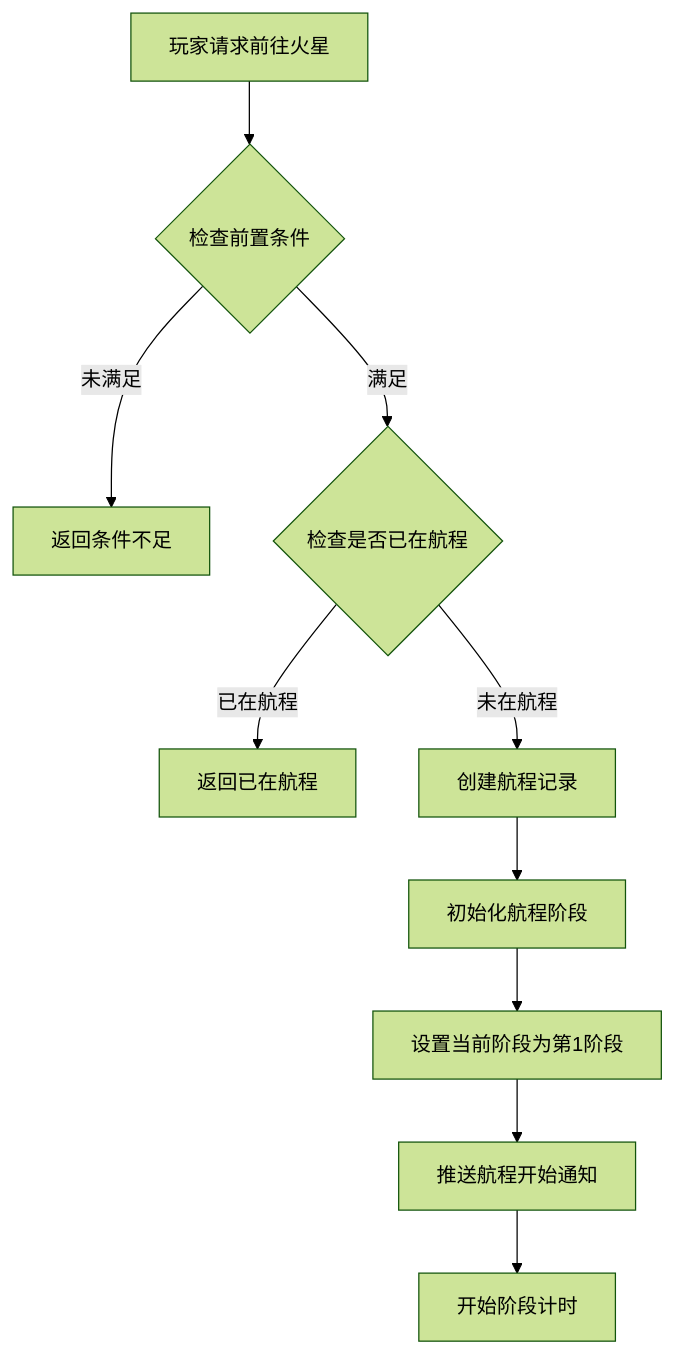
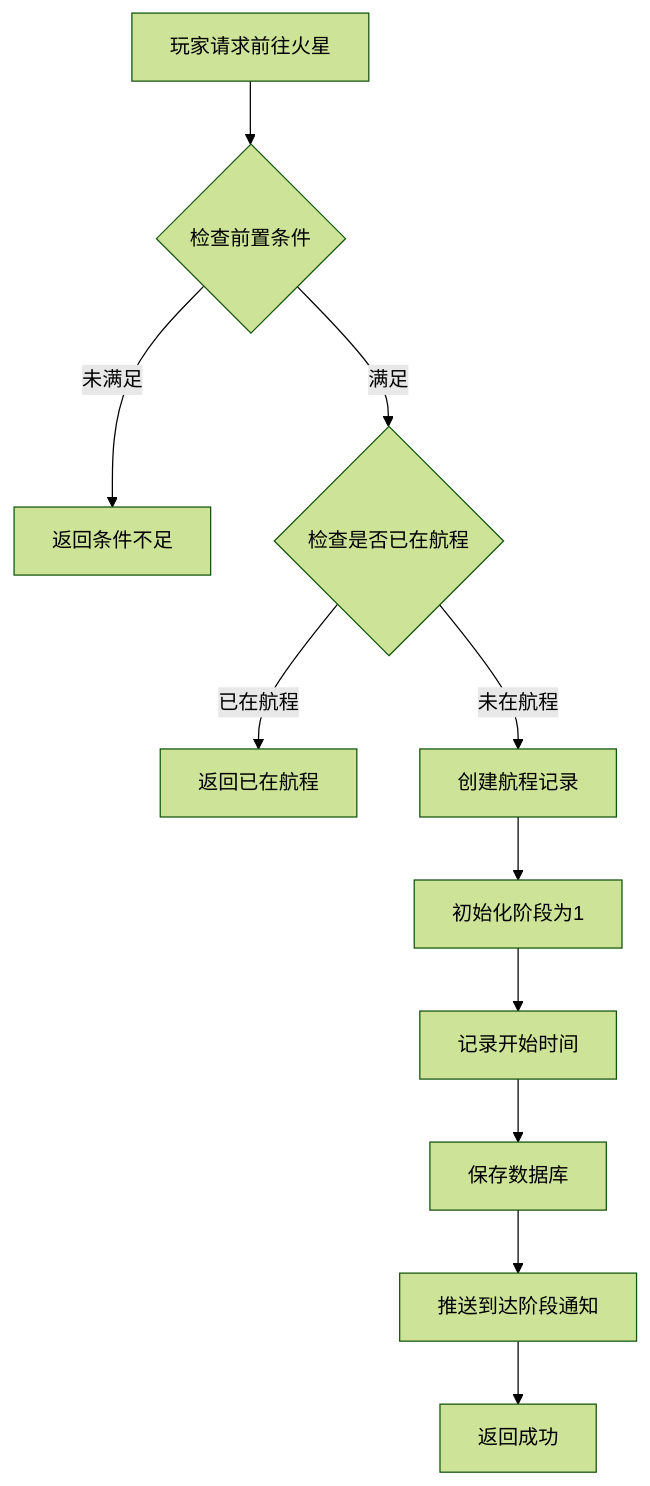
One commit to Alan-Ben/k2c_game_framework changed the first of 4 diagrams in docs/Module_Mars/05_完整说明.md. Above: the diagram before and after it, drawn with Mermaid (forest theme). The commit also changed other lines of this file and 15 other files, not shown here.

````diff
--- a/docs/Module_Mars/05_完整说明.md
+++ b/docs/Module_Mars/05_完整说明.md
@@ -77,12 +89,13 @@
 ```mermaid
 flowchart TD
     A[玩家请求前往火星] --> B{检查前置条件}
     B -->|未满足| C[返回条件不足]
     B -->|满足| D{检查是否已在航程}
     D -->|已在航程| E[返回已在航程]
     D -->|未在航程| F[创建航程记录]
-    F --> G[初始化航程阶段]
-    G --> H[设置当前阶段为第1阶段]
-    H --> I[推送航程开始通知]
-    I --> J[开始阶段计时]
+    F --> G[初始化阶段为1]
+    G --> H[记录开始时间]
+    H --> I[保存数据库]
+    I --> J[推送到达阶段通知]
+    J --> K[返回成功]
 ```
````
